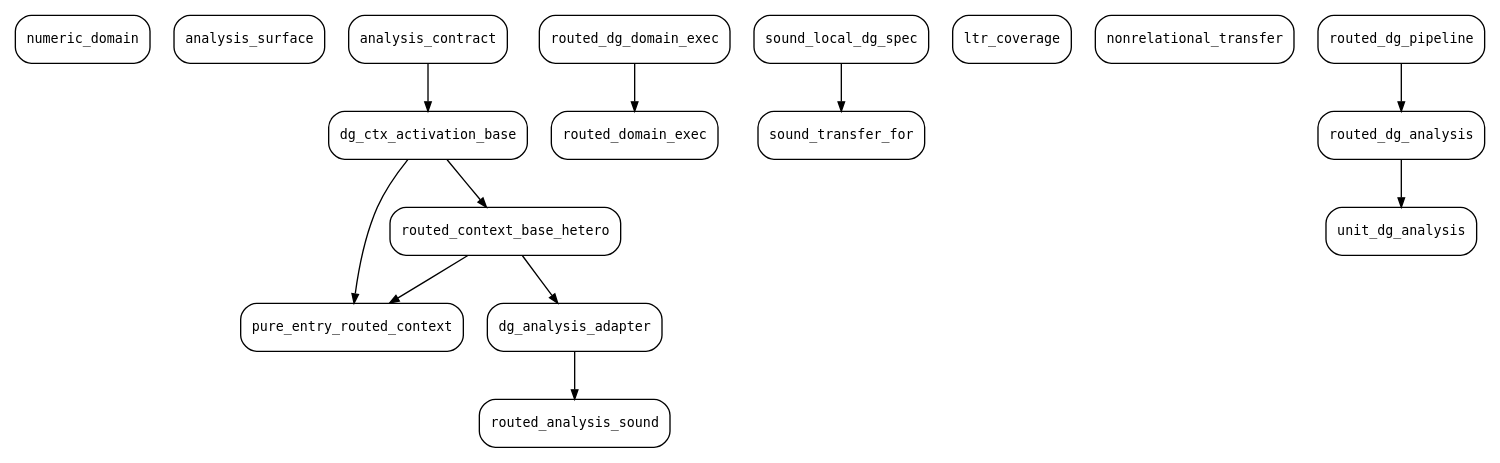
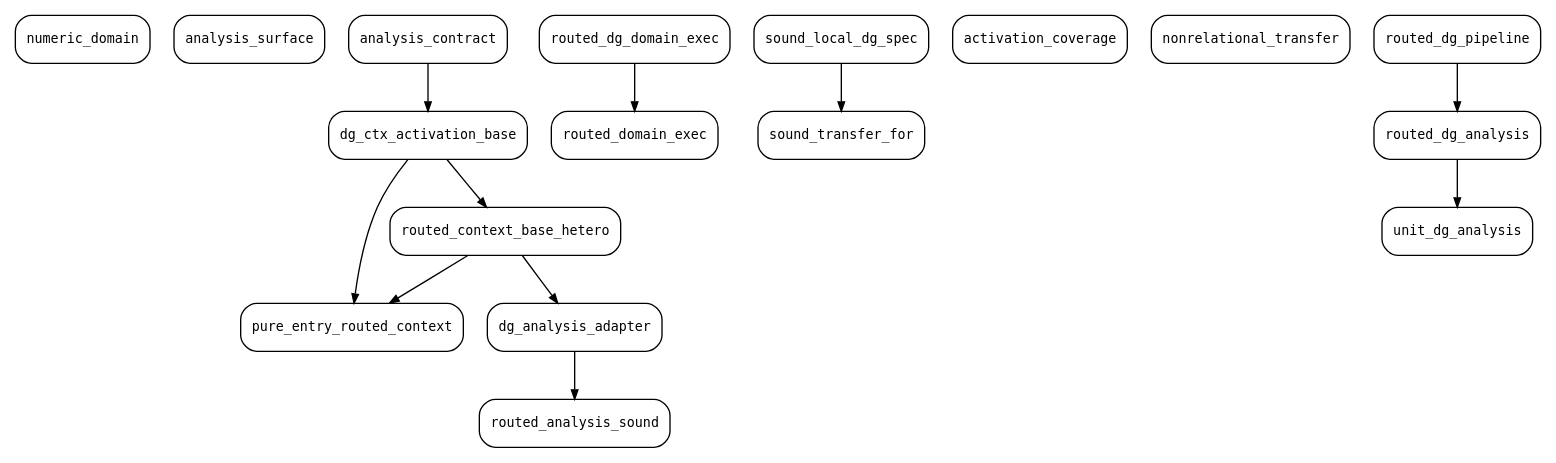
One commit to ManuelLerchner/Voblint-Verification-Master-Thesis changed the diagram in thesis/shared/dot/locale_deps.dot. Above: the diagram before and after it, drawn with Graphviz. The commit also changed 8 other files, not shown here.

```diff
--- a/thesis/shared/dot/locale_deps.dot
+++ b/thesis/shared/dot/locale_deps.dot
@@ -1,31 +1,31 @@
 digraph locales {
   rankdir=TB;
   edge [arrowsize=0.7];
   "numeric_domain" [shape=box, style=rounded, fontname="DejaVu Sans Mono", fontsize=10];
   "analysis_surface" [shape=box, style=rounded, fontname="DejaVu Sans Mono", fontsize=10];
   "dg_analysis_adapter" [shape=box, style=rounded, fontname="DejaVu Sans Mono", fontsize=10];
   "dg_ctx_activation_base" [shape=box, style=rounded, fontname="DejaVu Sans Mono", fontsize=10];
   "routed_dg_domain_exec" [shape=box, style=rounded, fontname="DejaVu Sans Mono", fontsize=10];
   "sound_transfer_for" [shape=box, style=rounded, fontname="DejaVu Sans Mono", fontsize=10];
   "analysis_contract" [shape=box, style=rounded, fontname="DejaVu Sans Mono", fontsize=10];
   "sound_local_dg_spec" [shape=box, style=rounded, fontname="DejaVu Sans Mono", fontsize=10];
   "pure_entry_routed_context" [shape=box, style=rounded, fontname="DejaVu Sans Mono", fontsize=10];
-  "ltr_coverage" [shape=box, style=rounded, fontname="DejaVu Sans Mono", fontsize=10];
+  "activation_coverage" [shape=box, style=rounded, fontname="DejaVu Sans Mono", fontsize=10];
   "nonrelational_transfer" [shape=box, style=rounded, fontname="DejaVu Sans Mono", fontsize=10];
   "routed_analysis_sound" [shape=box, style=rounded, fontname="DejaVu Sans Mono", fontsize=10];
   "routed_context_base_hetero" [shape=box, style=rounded, fontname="DejaVu Sans Mono", fontsize=10];
   "routed_dg_analysis" [shape=box, style=rounded, fontname="DejaVu Sans Mono", fontsize=10];
   "routed_dg_pipeline" [shape=box, style=rounded, fontname="DejaVu Sans Mono", fontsize=10];
   "routed_domain_exec" [shape=box, style=rounded, fontname="DejaVu Sans Mono", fontsize=10];
   "unit_dg_analysis" [shape=box, style=rounded, fontname="DejaVu Sans Mono", fontsize=10];
   "routed_context_base_hetero" -> "dg_analysis_adapter";
   "analysis_contract" -> "dg_ctx_activation_base";
   "sound_local_dg_spec" -> "sound_transfer_for";
   "routed_context_base_hetero" -> "pure_entry_routed_context";
   "dg_ctx_activation_base" -> "pure_entry_routed_context";
   "dg_analysis_adapter" -> "routed_analysis_sound";
   "dg_ctx_activation_base" -> "routed_context_base_hetero";
   "routed_dg_pipeline" -> "routed_dg_analysis";
   "routed_dg_domain_exec" -> "routed_domain_exec";
   "routed_dg_analysis" -> "unit_dg_analysis";
 }
```
